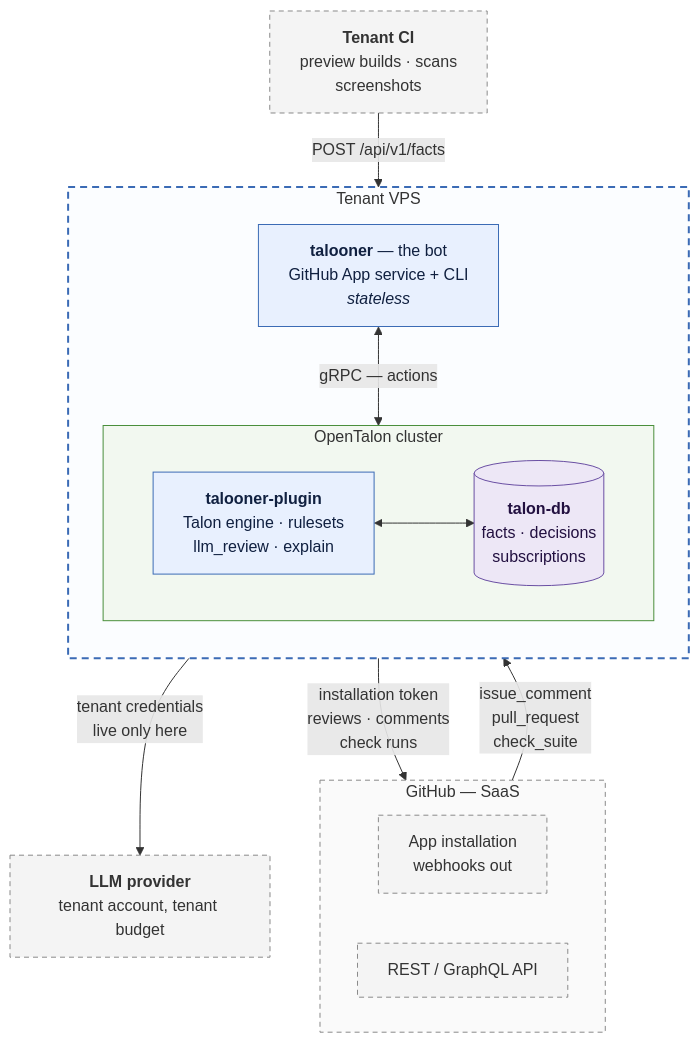
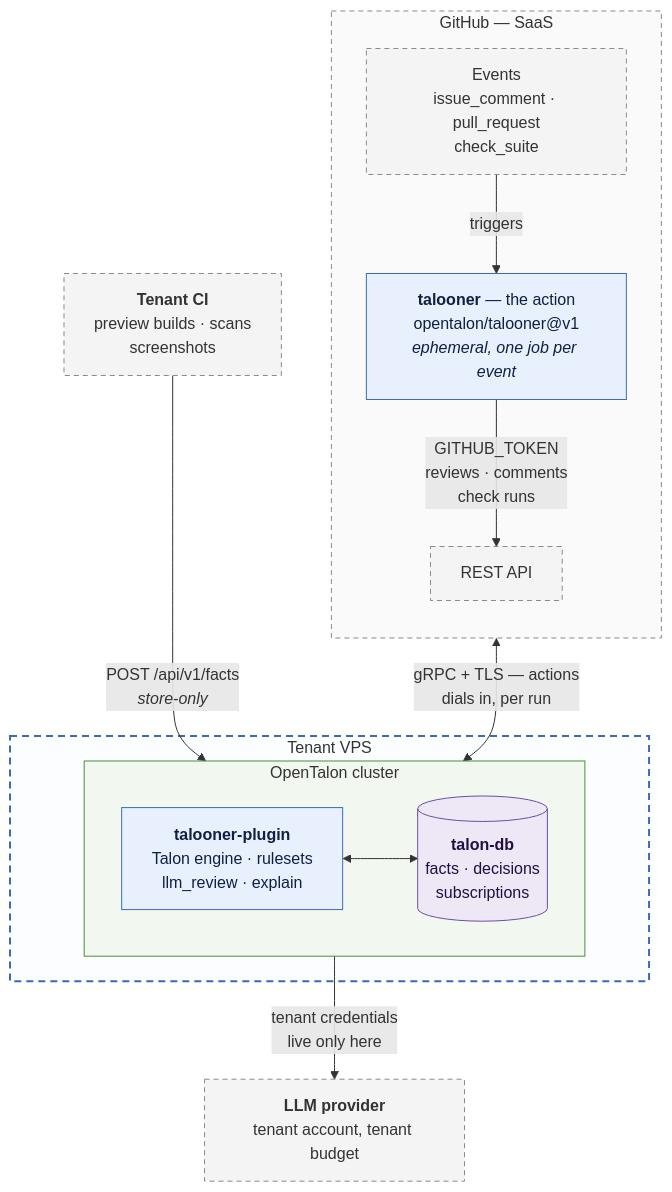
Before and after one commit to opentalon/talooner-plugin: the first of 6 diagrams in diagrams.md, drawn with Mermaid. The commit also changed other lines of this file and 9 other files, not shown here.

````diff
--- a/diagrams.md
+++ b/diagrams.md
@@ -33,42 +34,39 @@
 ```mermaid
 flowchart TB
     subgraph GH["GitHub — SaaS"]
-        direction LR
-        APP["App installation<br/>webhooks out"]
-        GAPI["REST / GraphQL API"]
+        direction TB
+        EV["Events<br/>issue_comment · pull_request<br/>check_suite"]
+        RUN["<b>talooner</b> — the action<br/>opentalon/talooner@v1<br/><i>ephemeral, one job per event</i>"]
+        GAPI["REST API"]
+        EV -->|"triggers"| RUN
     end
 
     CI["<b>Tenant CI</b><br/>preview builds · scans<br/>screenshots"]
 
     subgraph VPS["Tenant VPS"]
-        direction TB
-        BOT["<b>talooner</b> — the bot<br/>GitHub App service + CLI<br/><i>stateless</i>"]
-
         subgraph CLUSTER["OpenTalon cluster"]
             direction LR
             PLUGIN["<b>talooner-plugin</b><br/>Talon engine · rulesets<br/>llm_review · explain"]
             DB[("<b>talon-db</b><br/>facts · decisions<br/>subscriptions")]
             PLUGIN <--> DB
         end
-
-        BOT <-->|"gRPC — actions"| PLUGIN
     end
 
     LLM["<b>LLM provider</b><br/>tenant account, tenant budget"]
 
-    APP -->|"issue_comment<br/>pull_request<br/>check_suite"| BOT
-    CI -->|"POST /api/v1/facts"| BOT
-    BOT -->|"installation token<br/>reviews · comments<br/>check runs"| GAPI
+    RUN <-->|"gRPC + TLS — actions<br/>dials in, per run"| PLUGIN
+    CI -->|"POST /api/v1/facts<br/><i>store-only</i>"| PLUGIN
+    RUN -->|"GITHUB_TOKEN<br/>reviews · comments<br/>check runs"| GAPI
     PLUGIN -->|"tenant credentials<br/>live only here"| LLM
 
     classDef ext fill:#f4f4f4,stroke:#8a8a8a,stroke-dasharray:5 4,color:#333
     classDef own fill:#e8f0fe,stroke:#3b6bb5,color:#102040
     classDef store fill:#ede7f6,stroke:#6a4fa3,color:#221040
-    class APP,GAPI,LLM,CI ext
-    class BOT own
+    class EV,GAPI,LLM,CI ext
+    class RUN own
     class PLUGIN own
     class DB store
     style VPS fill:#fbfdff,stroke:#3b6bb5,stroke-width:2px,stroke-dasharray:7 5
     style CLUSTER fill:#f2f8f0,stroke:#4a8f3c
     style GH fill:#fafafa,stroke:#8a8a8a,stroke-dasharray:5 4
 ```
````
